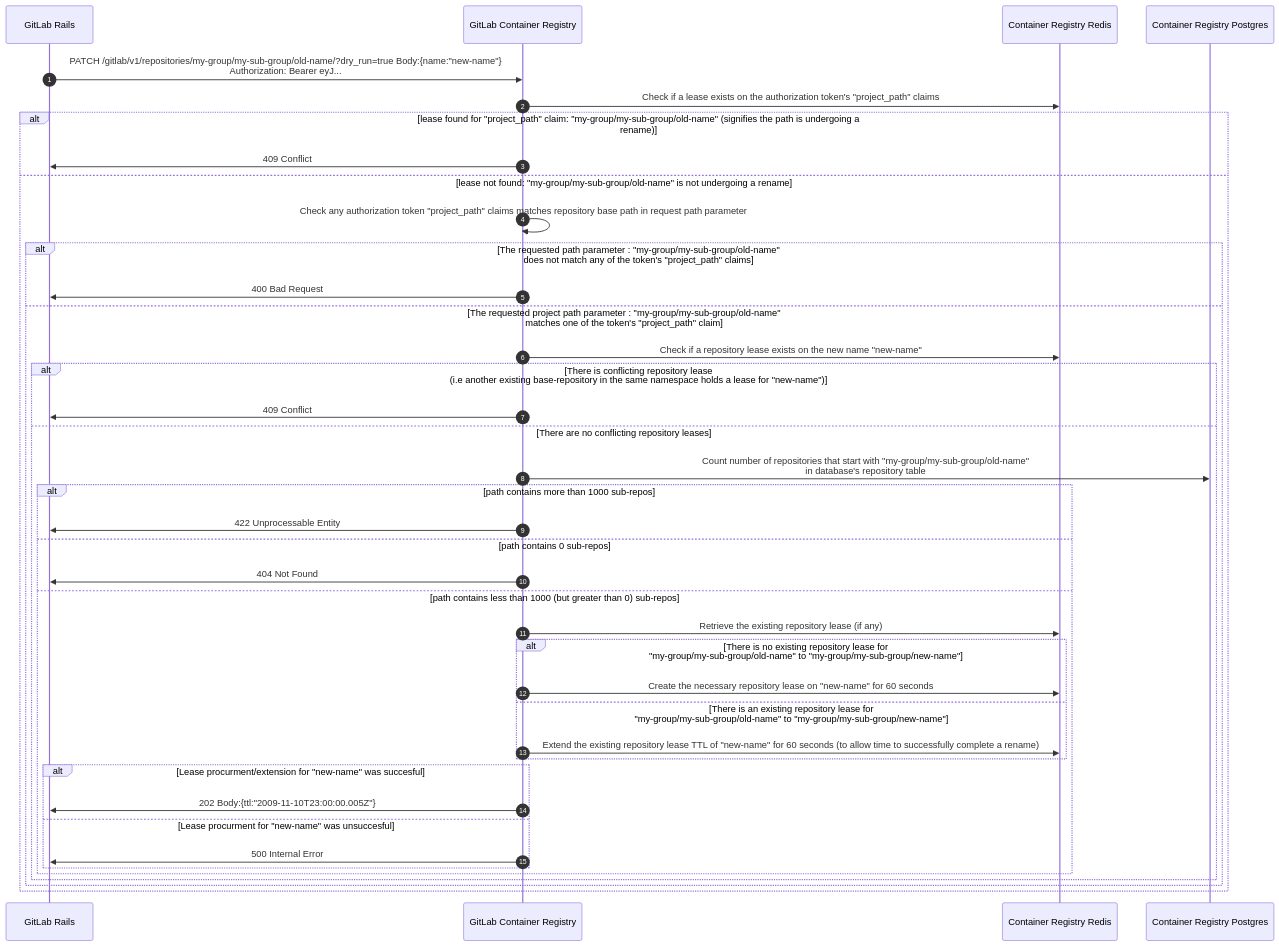
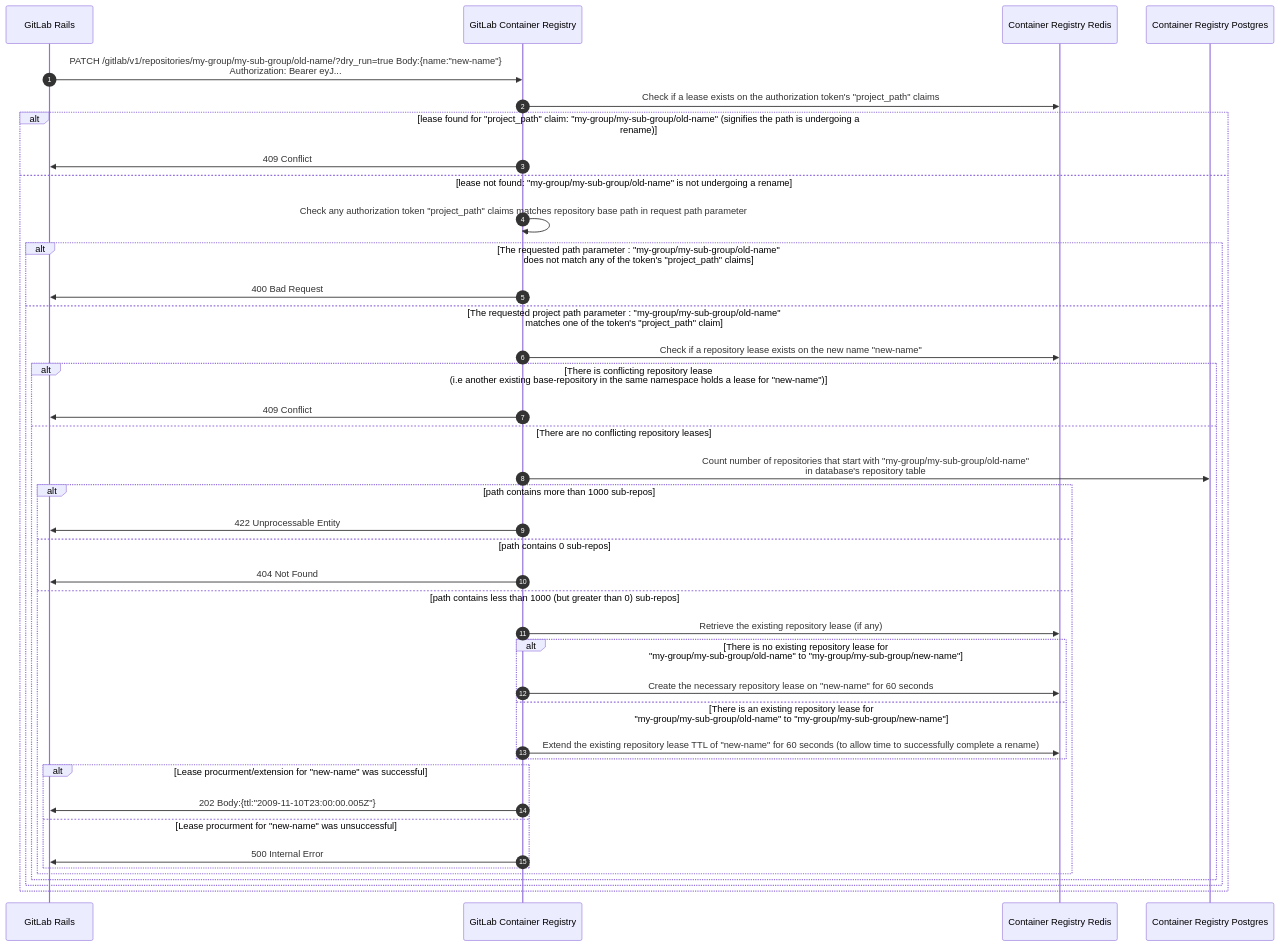
The first of 4 diagrams in docs-gitlab/rename-base-repository-request-flow.md (donch/container-registry), drawn with Mermaid before and after one commit. The commit also changed other lines of this file and 19 other files, not shown here.

````diff
--- a/docs-gitlab/rename-base-repository-request-flow.md
+++ b/docs-gitlab/rename-base-repository-request-flow.md
@@ -13,42 +13,42 @@
 ```mermaid
 sequenceDiagram
   autonumber
   participant G as GitLab Rails
   participant R as GitLab Container Registry
   participant RR as Container Registry Redis
   participant P as Container Registry Postgres
   G->>R: PATCH /gitlab/v1/repositories/my-group/my-sub-group/old-name/?dry_run=true Body:{name:"new-name"}<br>Authorization: Bearer eyJ...
   R->>RR: Check if a lease exists on the authorization token's "project_path" claims
   alt lease found for "project_path" claim: "my-group/my-sub-group/old-name" (signifies the path is undergoing a rename)
     R->>G: 409 Conflict
   else lease not found: "my-group/my-sub-group/old-name" is not undergoing a rename
     R->>R: Check any authorization token "project_path" claims matches repository base path in request path parameter
     alt The requested path parameter : "my-group/my-sub-group/old-name" <br>does not match any of the token's "project_path" claims
       R->>G: 400 Bad Request
     else The requested project path parameter : "my-group/my-sub-group/old-name" <br> matches one of the token's "project_path" claim
         R->>RR: Check if a repository lease exists on the new name "new-name"
         alt There is conflicting repository lease <br>(i.e another existing base-repository in the same namespace holds a lease for "new-name")
           R->>G: 409 Conflict
         else There are no conflicting repository leases
           R->>P: Count number of repositories that start with "my-group/my-sub-group/old-name" <br> in database's repository table
           alt path contains more than 1000 sub-repos
             R->>G: 422 Unprocessable Entity
           else path contains 0 sub-repos
             R->>G: 404 Not Found
           else path contains less than 1000 (but greater than 0) sub-repos
             R->>RR: Retrieve the existing repository lease (if any)
             alt There is no existing repository lease for <br>"my-group/my-sub-group/old-name" to "my-group/my-sub-group/new-name"
               R->>RR: Create the necessary repository lease on "new-name" for 60 seconds
             else There is an existing repository lease for  <br>"my-group/my-sub-group/old-name" to "my-group/my-sub-group/new-name"
               R->>RR: Extend the existing repository lease TTL of "new-name" for 60 seconds (to allow time to successfully complete a rename)
             end
-            alt Lease procurment/extension for "new-name" was succesful
+            alt Lease procurment/extension for "new-name" was successful
               R->>G: 202 Body:{ttl:"2009-11-10T23:00:00.005Z"} 
-            else Lease procurment for "new-name" was unsuccesful
+            else Lease procurment for "new-name" was unsuccessful
                 R->>G: 500 Internal Error
             end
           end
         end
     end
   end
 ```
````
